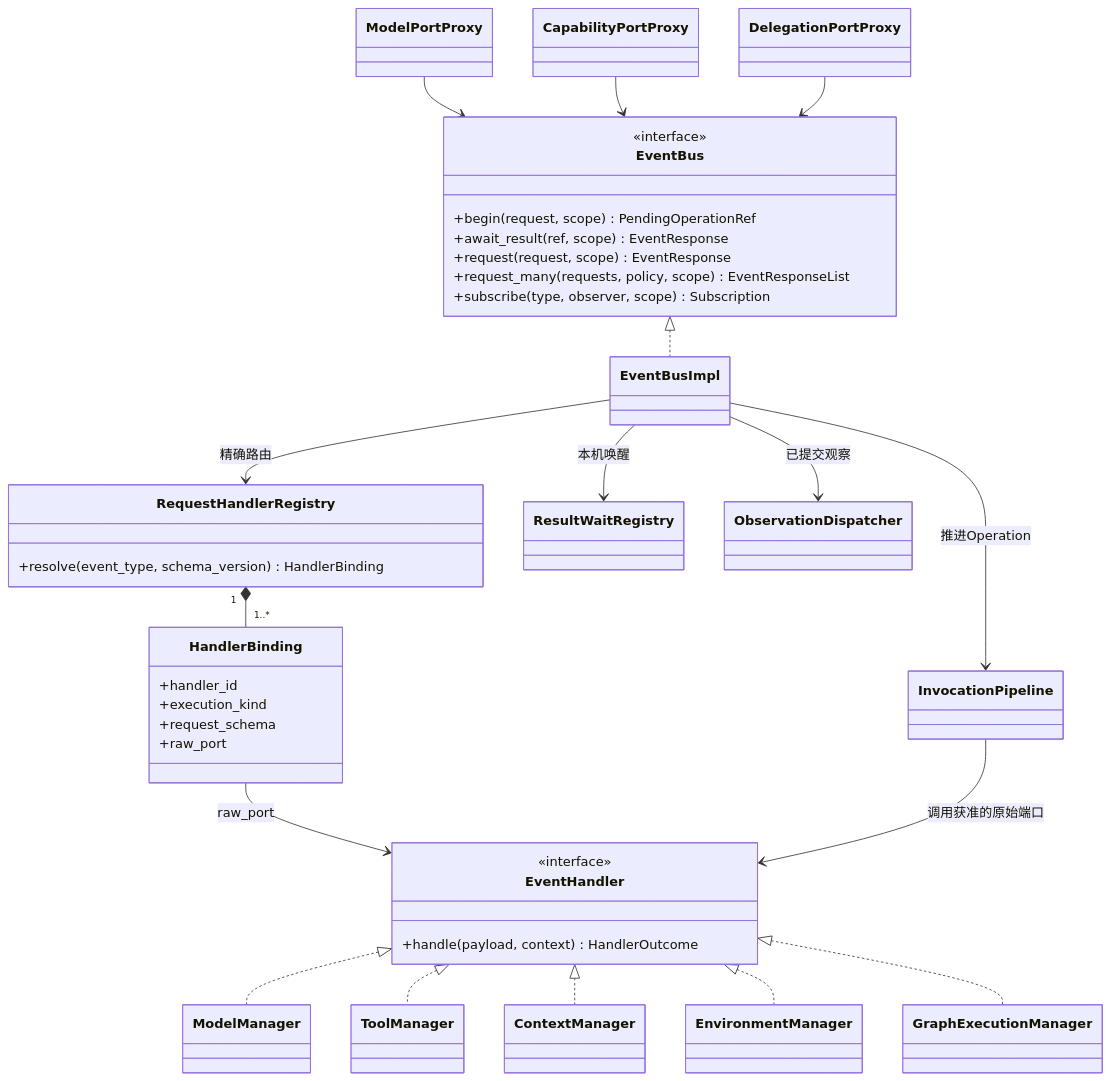
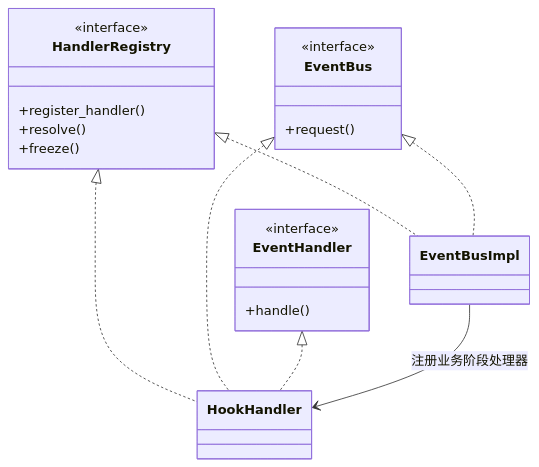
The third of 9 diagrams in docs/sdk/object-collaboration.md (dujian0068/agent-loom), drawn with Mermaid before and after one commit. The commit also changed other lines of this file and 15 other files, not shown here.

````diff
--- a/docs/sdk/object-collaboration.md
+++ b/docs/sdk/object-collaboration.md
@@ -221,52 +264,26 @@
 ```mermaid
 classDiagram
-    class ModelPortProxy
-    class CapabilityPortProxy
-    class DelegationPortProxy
+    direction TB
+    class HandlerRegistry {
+      <<interface>>
+      +register_handler()
+      +resolve()
+      +freeze()
+    }
     class EventBus {
       <<interface>>
-      +begin(request, scope) PendingOperationRef
-      +await_result(ref, scope) EventResponse
-      +request(request, scope) EventResponse
-      +request_many(requests, policy, scope) EventResponseList
-      +subscribe(type, observer, scope) Subscription
-    }
-    class EventBusImpl
-    class RequestHandlerRegistry {
-      +resolve(event_type, schema_version) HandlerBinding
-    }
-    class HandlerBinding {
-      +handler_id
-      +execution_kind
-      +request_schema
-      +raw_port
+      +request()
     }
     class EventHandler {
       <<interface>>
-      +handle(payload, context) HandlerOutcome
+      +handle()
     }
-    class ModelManager
-    class ToolManager
-    class ContextManager
-    class EnvironmentManager
-    class GraphExecutionManager
-    class InvocationPipeline
-    class ResultWaitRegistry
-    class ObservationDispatcher
-    ModelPortProxy --> EventBus
-    CapabilityPortProxy --> EventBus
-    DelegationPortProxy --> EventBus
+    class EventBusImpl
+    class HookHandler
+    HandlerRegistry <|.. EventBusImpl
     EventBus <|.. EventBusImpl
-    EventBusImpl --> RequestHandlerRegistry : 精确路由
-    EventBusImpl --> InvocationPipeline : 推进Operation
-    EventBusImpl --> ResultWaitRegistry : 本机唤醒
-    EventBusImpl --> ObservationDispatcher : 已提交观察
-    RequestHandlerRegistry "1" *-- "1..*" HandlerBinding
-    HandlerBinding --> EventHandler : raw_port
-    EventHandler <|.. ModelManager
-    EventHandler <|.. ToolManager
-    EventHandler <|.. ContextManager
-    EventHandler <|.. EnvironmentManager
-    EventHandler <|.. GraphExecutionManager
-    InvocationPipeline --> EventHandler : 调用获准的原始端口
+    HandlerRegistry <|.. HookHandler
+    EventBus <|.. HookHandler
+    EventHandler <|.. HookHandler
+    EventBusImpl --> HookHandler : 注册业务阶段处理器
 ```
````
